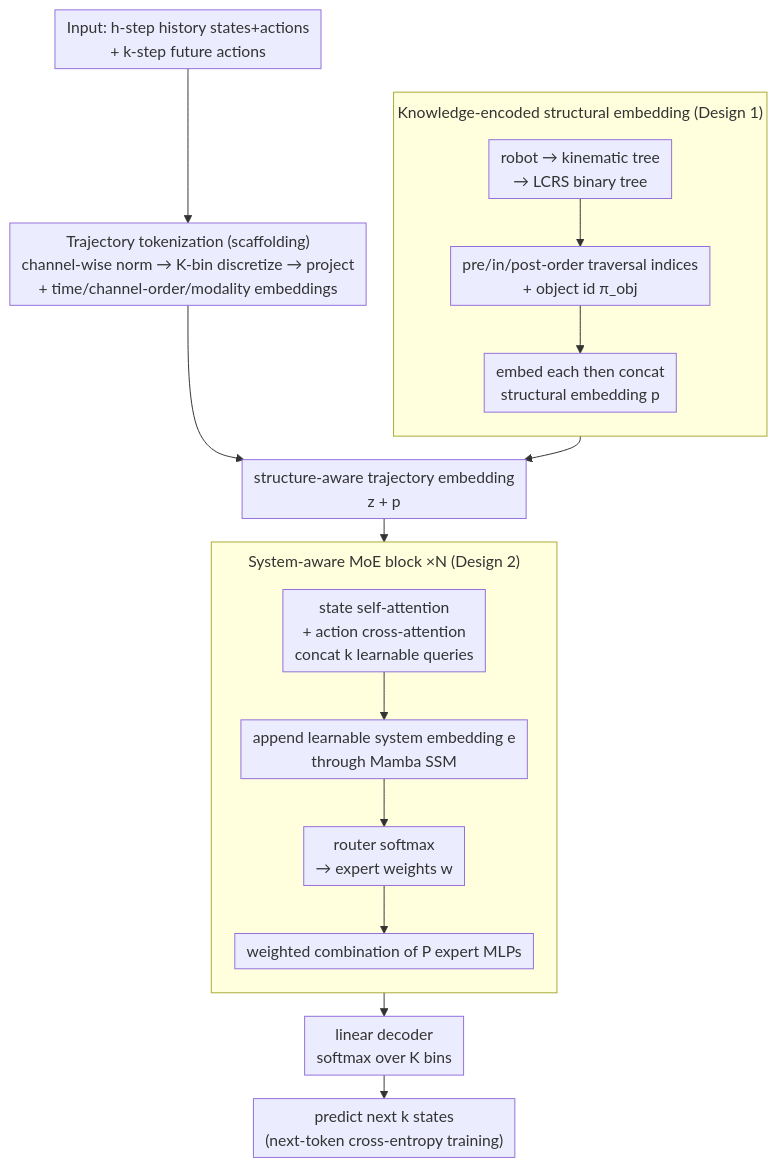
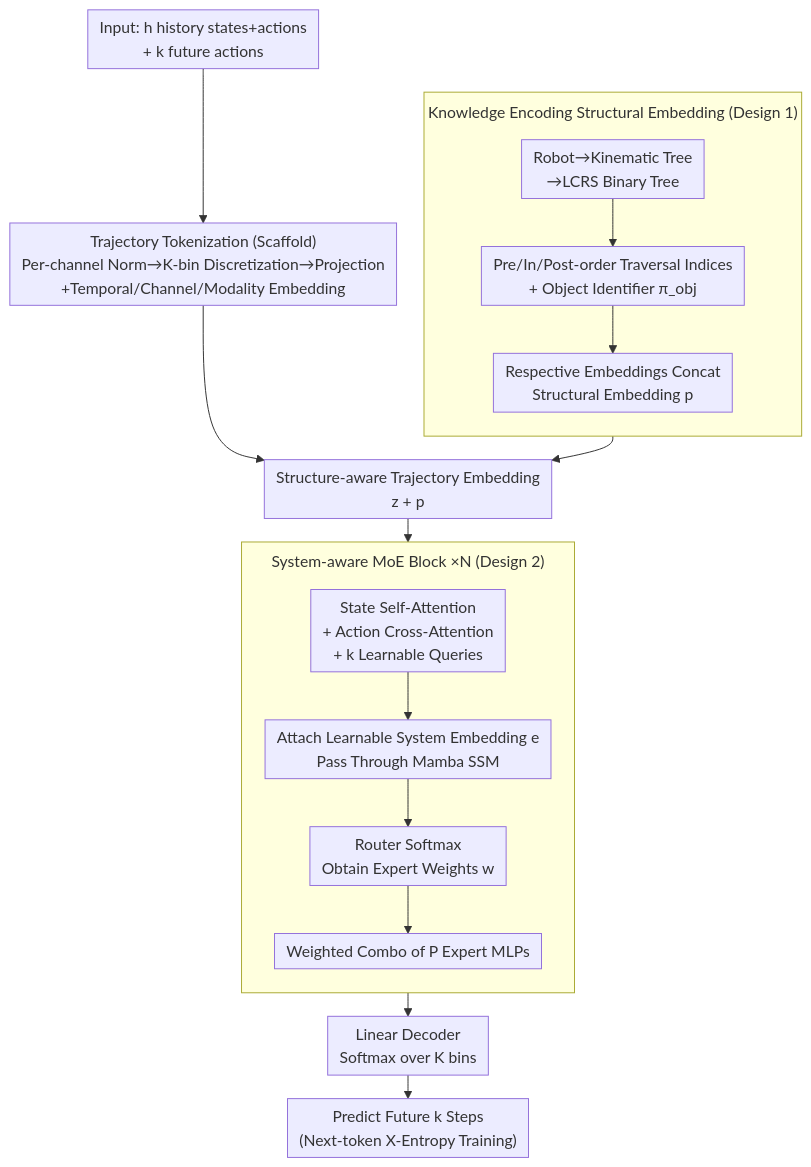
One commit to zhaoyang97/Paper-Notes-en changed the diagram in docs/ICML2026/robotics/westworld_a_knowledge-encoded_scalable_trajectory_world_model_for_diverse_roboti.md. Above: the diagram before and after it, drawn with Mermaid. The commit also changed other lines of this file and 8366 other files, not shown here.

````diff
--- a/docs/ICML2026/robotics/westworld_a_knowledge-encoded_scalable_trajectory_world_model_for_diverse_roboti.md
+++ b/docs/ICML2026/robotics/westworld_a_knowledge-encoded_scalable_trajectory_world_model_for_diverse_roboti.md
@@ -46,21 +41,21 @@
 ```mermaid
 %%{init: {'flowchart': {'rankSpacing': 24, 'nodeSpacing': 28, 'padding': 6, 'wrappingWidth': 400, 'subGraphTitleMargin': {'top': 8, 'bottom': 16}}}}%%
 flowchart TD
-    A["Input: h-step history states+actions<br/>+ k-step future actions"] --> B["Trajectory tokenization (scaffolding)<br/>channel-wise norm → K-bin discretize → project<br/>+ time/channel-order/modality embeddings"]
-    subgraph SE["Knowledge-encoded structural embedding (Design 1)"]
+    A["Input: h history states+actions<br/>+ k future actions"] --> B["Trajectory Tokenization (Scaffold)<br/>Per-channel Norm→K-bin Discretization→Projection<br/>+Temporal/Channel/Modality Embedding"]
+    subgraph SE["Knowledge Encoding Structural Embedding (Design 1)"]
         direction TB
-        C["robot → kinematic tree<br/>→ LCRS binary tree"] --> D["pre/in/post-order traversal indices<br/>+ object id π_obj"]
-        D --> E["embed each then concat<br/>structural embedding p"]
+        C["Robot→Kinematic Tree<br/>→LCRS Binary Tree"] --> D["Pre/In/Post-order Traversal Indices<br/>+ Object Identifier π_obj"]
+        D --> E["Respective Embeddings Concat<br/>Structural Embedding p"]
     end
-    B --> F["structure-aware trajectory embedding<br/>z + p"]
+    B --> F["Structure-aware Trajectory Embedding<br/>z + p"]
     SE --> F
-    subgraph MOE["System-aware MoE block ×N (Design 2)"]
+    subgraph MOE["System-aware MoE Block ×N (Design 2)"]
         direction TB
-        G["state self-attention<br/>+ action cross-attention<br/>concat k learnable queries"] --> H["append learnable system embedding e<br/>through Mamba SSM"]
-        H --> I["router softmax<br/>→ expert weights w"]
-        I --> J["weighted combination of P expert MLPs"]
+        G["State Self-Attention<br/>+ Action Cross-Attention<br/>+ k Learnable Queries"] --> H["Attach Learnable System Embedding e<br/>Pass Through Mamba SSM"]
+        H --> I["Router Softmax<br/>Obtain Expert Weights w"]
+        I --> J["Weighted Combo of P Expert MLPs"]
     end
     F --> G
-    J --> K["linear decoder<br/>softmax over K bins"]
-    K --> L["predict next k states<br/>(next-token cross-entropy training)"]
+    J --> K["Linear Decoder<br/>Softmax over K bins"]
+    K --> L["Predict Future k Steps<br/>(Next-token X-Entropy Training)"]
 ```
````
